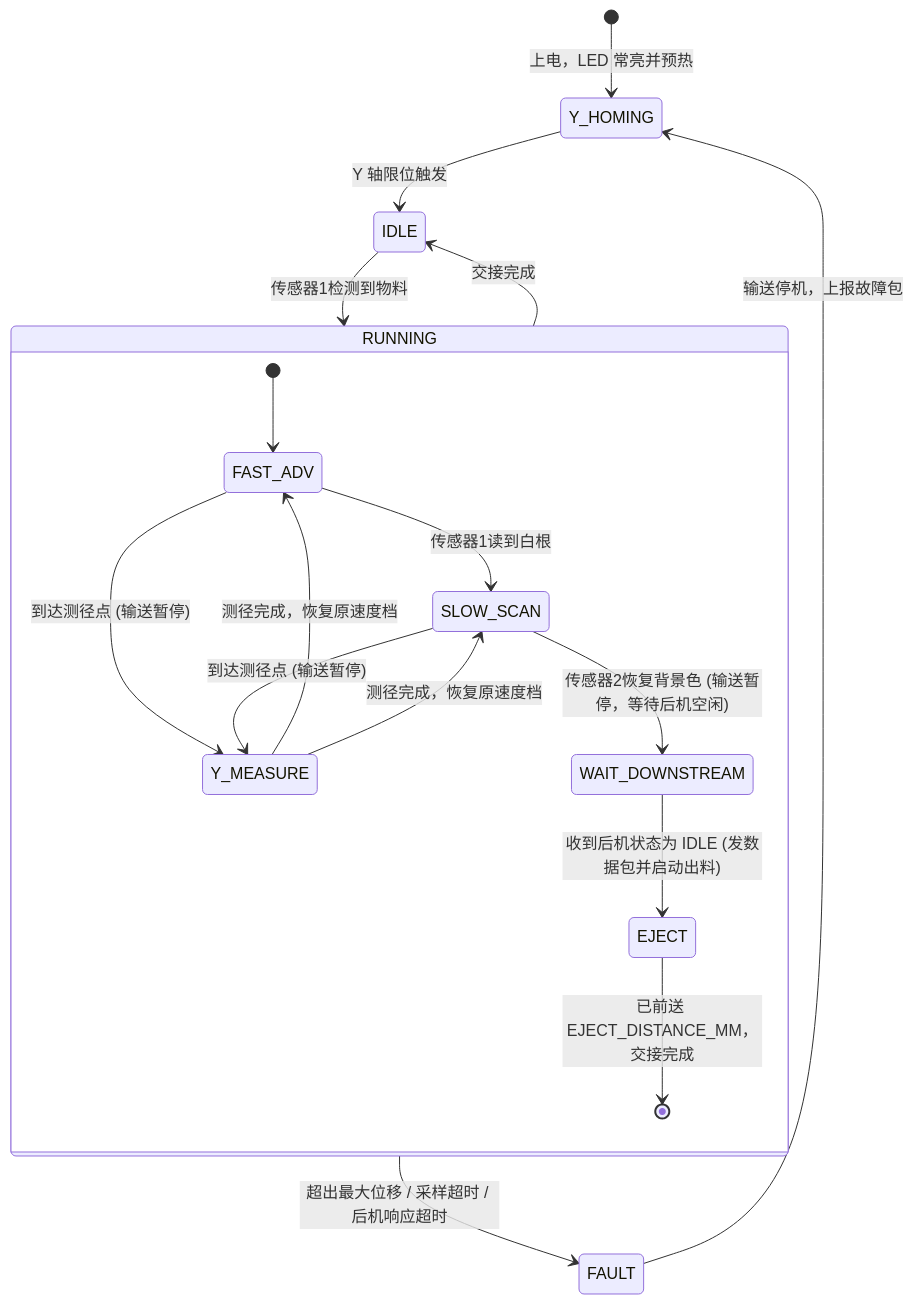
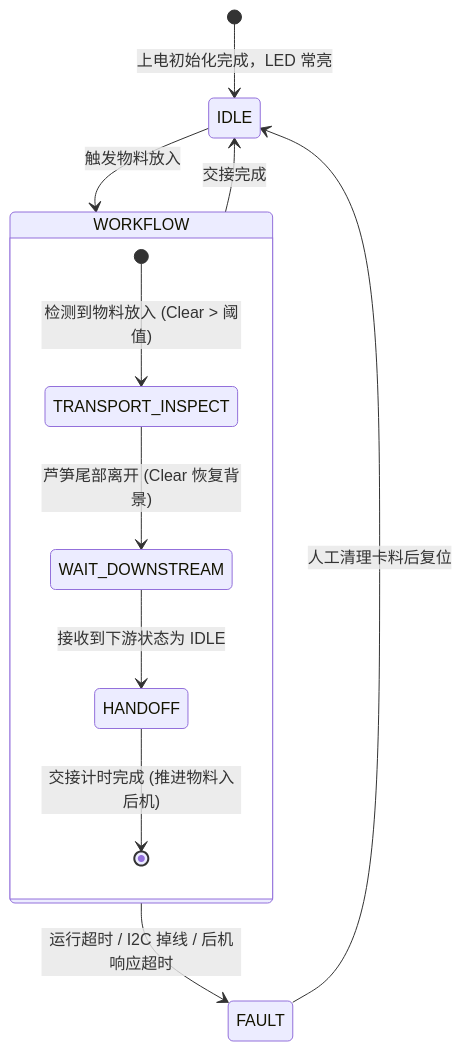
Before and after one commit to voicevon/thin_wall: the diagram in head/README.md, drawn with Mermaid. The commit also changed other lines of this file and 6 other files, not shown here.

````diff
--- a/head/README.md
+++ b/head/README.md
@@ -169,22 +128,16 @@
 ```mermaid
 stateDiagram-v2
-    [*] --> Y_HOMING : 上电，LED 常亮并预热
-    Y_HOMING --> IDLE : Y 轴限位触发
+    [*] --> IDLE : 上电初始化完成，LED 常亮
 
-    state RUNNING {
-        [*] --> FAST_ADV
-        FAST_ADV --> SLOW_SCAN : 传感器1读到白根
-        FAST_ADV --> Y_MEASURE : 到达测径点 (输送暂停)
-        SLOW_SCAN --> Y_MEASURE : 到达测径点 (输送暂停)
-        Y_MEASURE --> FAST_ADV : 测径完成，恢复原速度档
-        Y_MEASURE --> SLOW_SCAN : 测径完成，恢复原速度档
-        SLOW_SCAN --> WAIT_DOWNSTREAM : 传感器2恢复背景色 (输送暂停，等待后机空闲)
-        WAIT_DOWNSTREAM --> EJECT : 收到后机状态为 IDLE (发数据包并启动出料)
-        EJECT --> [*] : 已前送 EJECT_DISTANCE_MM，交接完成
+    state WORKFLOW {
+        [*] --> TRANSPORT_INSPECT : 检测到物料放入 (Clear > 阈值)
+        TRANSPORT_INSPECT --> WAIT_DOWNSTREAM : 芦笋尾部离开 (Clear 恢复背景)
+        WAIT_DOWNSTREAM --> HANDOFF : 接收到下游状态为 IDLE
+        HANDOFF --> [*] : 交接计时完成 (推进物料入后机)
     }
 
-    IDLE --> RUNNING : 传感器1检测到物料
-    RUNNING --> IDLE : 交接完成
-    RUNNING --> FAULT : 超出最大位移 / 采样超时 / 后机响应超时
-    FAULT --> Y_HOMING : 输送停机，上报故障包
+    IDLE --> WORKFLOW : 触发物料放入
+    WORKFLOW --> IDLE : 交接完成
+    WORKFLOW --> FAULT : 运行超时 / I2C 掉线 / 后机响应超时
+    FAULT --> IDLE : 人工清理卡料后复位
 ```
````
